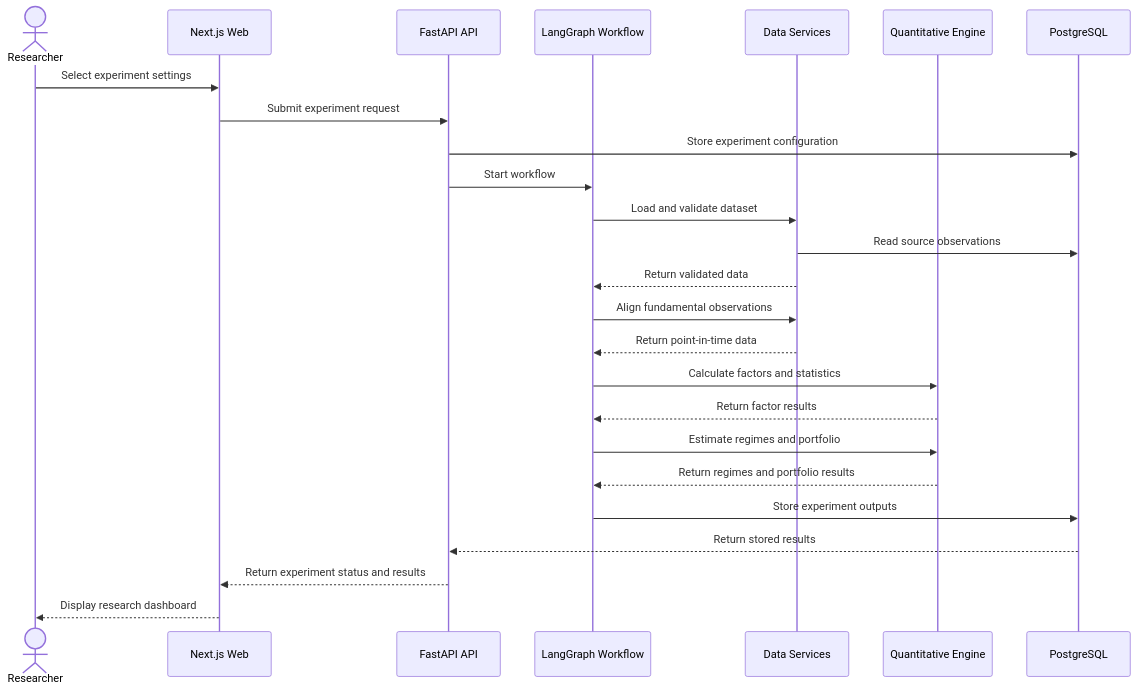
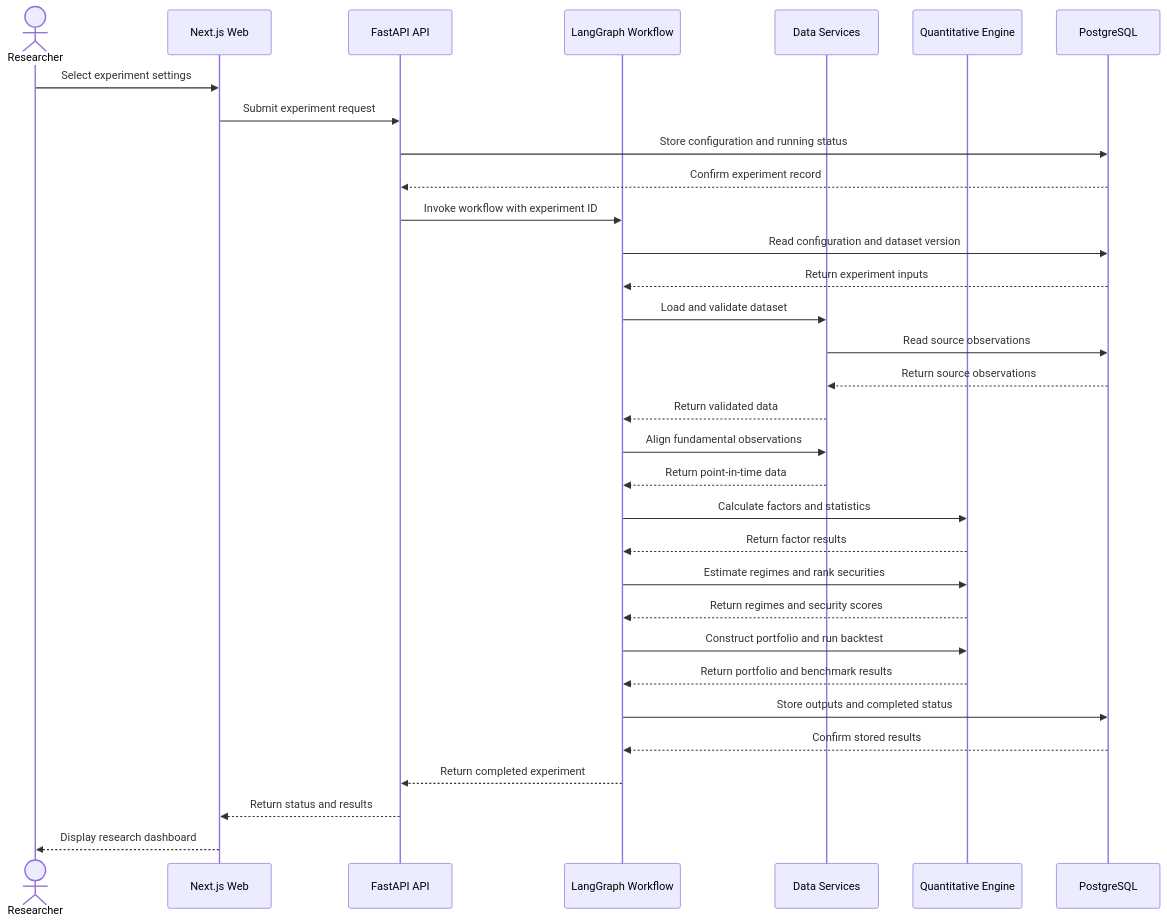
Before and after one commit to thetruesammyjay/factorgraph-ngx: the third of 3 diagrams in documentation/CHAPTER-THREE.md, drawn with Mermaid. The commit also changed other lines of this file and 9 other files, not shown here.

Commit message:
Update project documentation and research diagrams

```diff
--- a/documentation/CHAPTER-THREE.md
+++ b/documentation/CHAPTER-THREE.md
@@ -227,28 +244,35 @@
 ~~~mermaid
 sequenceDiagram
     actor Researcher
     participant Web as Next.js Web
     participant API as FastAPI API
     participant Graph as LangGraph Workflow
     participant Data as Data Services
     participant Quant as Quantitative Engine
     participant DB as PostgreSQL
 
     Researcher->>Web: Select experiment settings
     Web->>API: Submit experiment request
-    API->>DB: Store experiment configuration
-    API->>Graph: Start workflow
+    API->>DB: Store configuration and running status
+    DB-->>API: Confirm experiment record
+    API->>Graph: Invoke workflow with experiment ID
+    Graph->>DB: Read configuration and dataset version
+    DB-->>Graph: Return experiment inputs
     Graph->>Data: Load and validate dataset
     Data->>DB: Read source observations
+    DB-->>Data: Return source observations
     Data-->>Graph: Return validated data
     Graph->>Data: Align fundamental observations
     Data-->>Graph: Return point-in-time data
     Graph->>Quant: Calculate factors and statistics
     Quant-->>Graph: Return factor results
-    Graph->>Quant: Estimate regimes and portfolio
-    Quant-->>Graph: Return regimes and portfolio results
-    Graph->>DB: Store experiment outputs
-    DB-->>API: Return stored results
-    API-->>Web: Return experiment status and results
+    Graph->>Quant: Estimate regimes and rank securities
+    Quant-->>Graph: Return regimes and security scores
+    Graph->>Quant: Construct portfolio and run backtest
+    Quant-->>Graph: Return portfolio and benchmark results
+    Graph->>DB: Store outputs and completed status
+    DB-->>Graph: Confirm stored results
+    Graph-->>API: Return completed experiment
+    API-->>Web: Return status and results
     Web-->>Researcher: Display research dashboard
 ~~~
```
